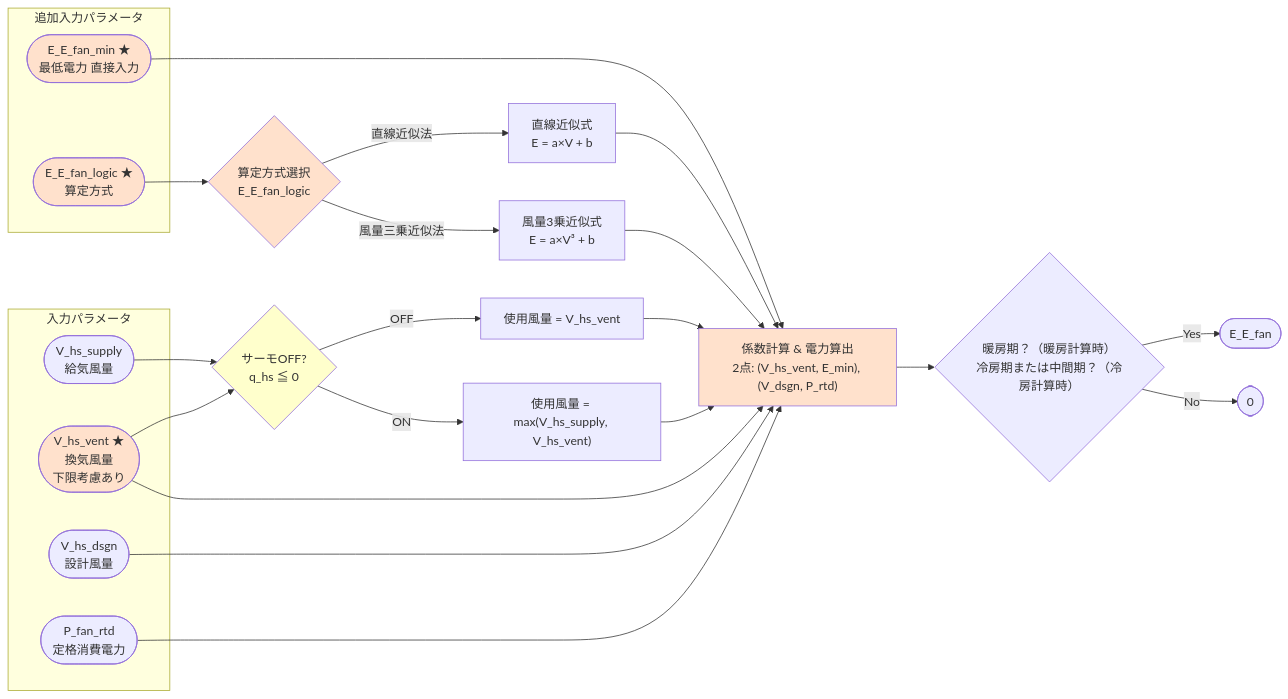
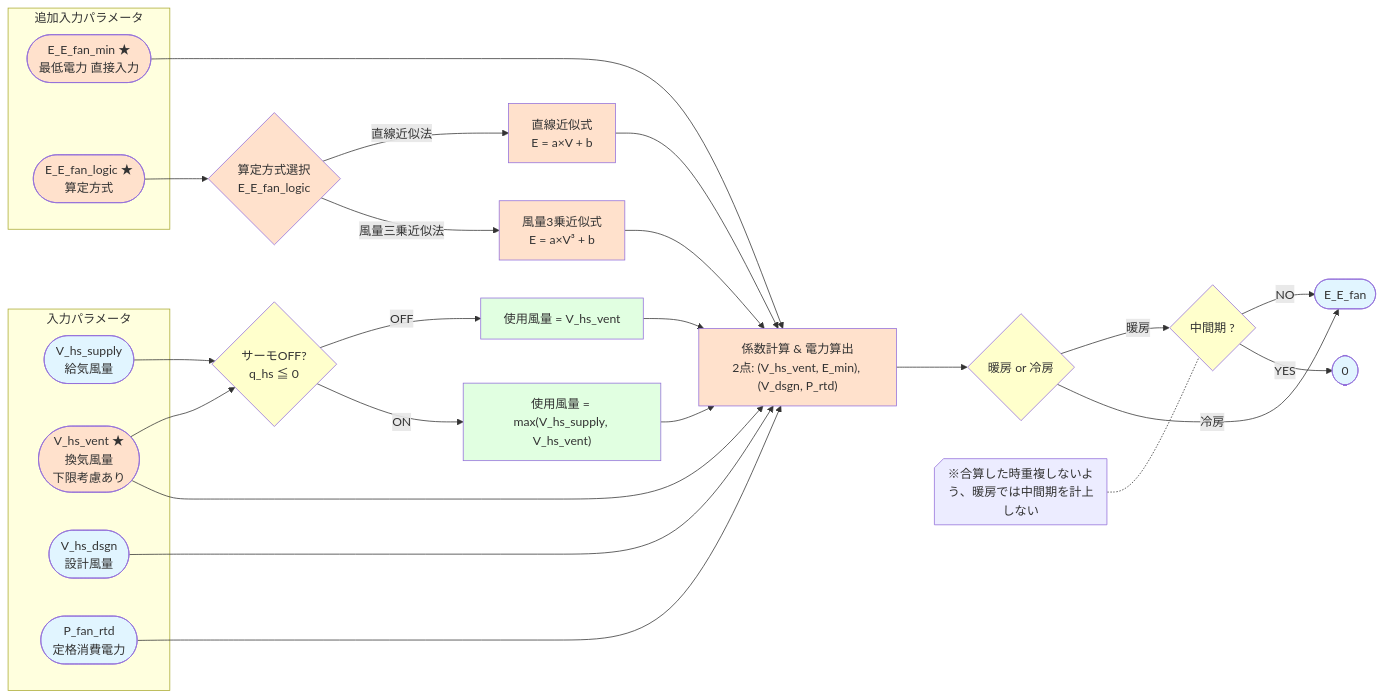
One commit to iguchi-lab/Verification-Platform-Next changed the eighth of 8 diagrams in docs/最低風量_最低電力_直接入力.md. Above: the diagram before and after it, drawn with Mermaid. The commit also changed other lines of this file, not shown here.

````diff
--- a/docs/最低風量_最低電力_直接入力.md
+++ b/docs/最低風量_最低電力_直接入力.md
@@ -293,47 +310,55 @@
 ```mermaid
 flowchart LR
 
 subgraph 入力パラメータ
     V([V_hs_supply<br/>給気風量])
     V_vent([V_hs_vent ★<br/>換気風量<br/>下限考慮あり])
     V_dsgn([V_hs_dsgn<br/>設計風量])
     P([P_fan_rtd<br/>定格消費電力])
 end
 
 subgraph 追加入力パラメータ
     E_min([E_E_fan_min ★<br/>最低電力 直接入力])
     Logic([E_E_fan_logic ★<br/>算定方式])
 end
 
-V --> FlowDecision{サーモOFF?<br/>q_hs ≦ 0}
-V_vent --> FlowDecision
+V & V_vent --> FlowDecision{サーモOFF?<br/>q_hs ≦ 0}
 
 FlowDecision -->|OFF| UseMin["使用風量 = V_hs_vent"]
 FlowDecision -->|ON| UseActual["使用風量 = max(V_hs_supply, V_hs_vent)"]
 
 Logic --> FormulaSelect{算定方式選択<br/>E_E_fan_logic}
 
 FormulaSelect -->|直線近似法| LinearFormula["直線近似式<br/>E = a×V + b"]
 FormulaSelect -->|風量三乗近似法| CubicFormula["風量3乗近似式<br/>E = a×V³ + b"]
 
-LinearFormula --> PowerCalc["係数計算 & 電力算出<br/>2点: (V_hs_vent, E_min), (V_dsgn, P_rtd)"]
-CubicFormula --> PowerCalc
+LinearFormula & CubicFormula --> PowerCalc["係数計算 & 電力算出<br/>2点: (V_hs_vent, E_min), (V_dsgn, P_rtd)"]
 
-UseMin --> PowerCalc
-UseActual --> PowerCalc
-V_vent --> PowerCalc
-E_min --> PowerCalc
-P --> PowerCalc
-V_dsgn --> PowerCalc
+UseMin & UseActual & V_vent & E_min & P & V_dsgn --> PowerCalc
 
-PowerCalc --> Check{暖房期？（暖房計算時）<br/>冷房期または中間期？（冷房計算時）}
-Check -->|Yes| Result([E_E_fan])
-Check -->|No| Zero([0])
+PowerCalc --> Check2{暖房 or 冷房}
+Check2 -->|暖房| Check3{中間期 ?}
+Check2 -->|冷房| Result([E_E_fan])
 
-style FlowDecision fill:#ffffcc
-style FormulaSelect fill:#ffe1cc
-style PowerCalc fill:#ffe1cc
+Note@{ shape: notch-rect, label: "※合算した時重複しないよう、暖房では中間期を計上しない" } -.- Check3
+Check3 -->|NO| Result
+Check3 -->|YES| Zero([0])
+
+style V fill:#e1f5ff
 style V_vent fill:#ffe1cc
+style V_dsgn fill:#e1f5ff
+style P fill:#e1f5ff
 style E_min fill:#ffe1cc
 style Logic fill:#ffe1cc
+style FlowDecision fill:#ffffcc
+style UseMin fill:#e1ffe1
+style UseActual fill:#e1ffe1
+style FormulaSelect fill:#ffe1cc
+style LinearFormula fill:#ffe1cc
+style CubicFormula fill:#ffe1cc
+style PowerCalc fill:#ffe1cc
+style Check2 fill:#ffffcc
+style Check3 fill:#ffffcc
+style Result fill:#e1f5ff
+style Zero fill:#e1f5ff
 ```
````
